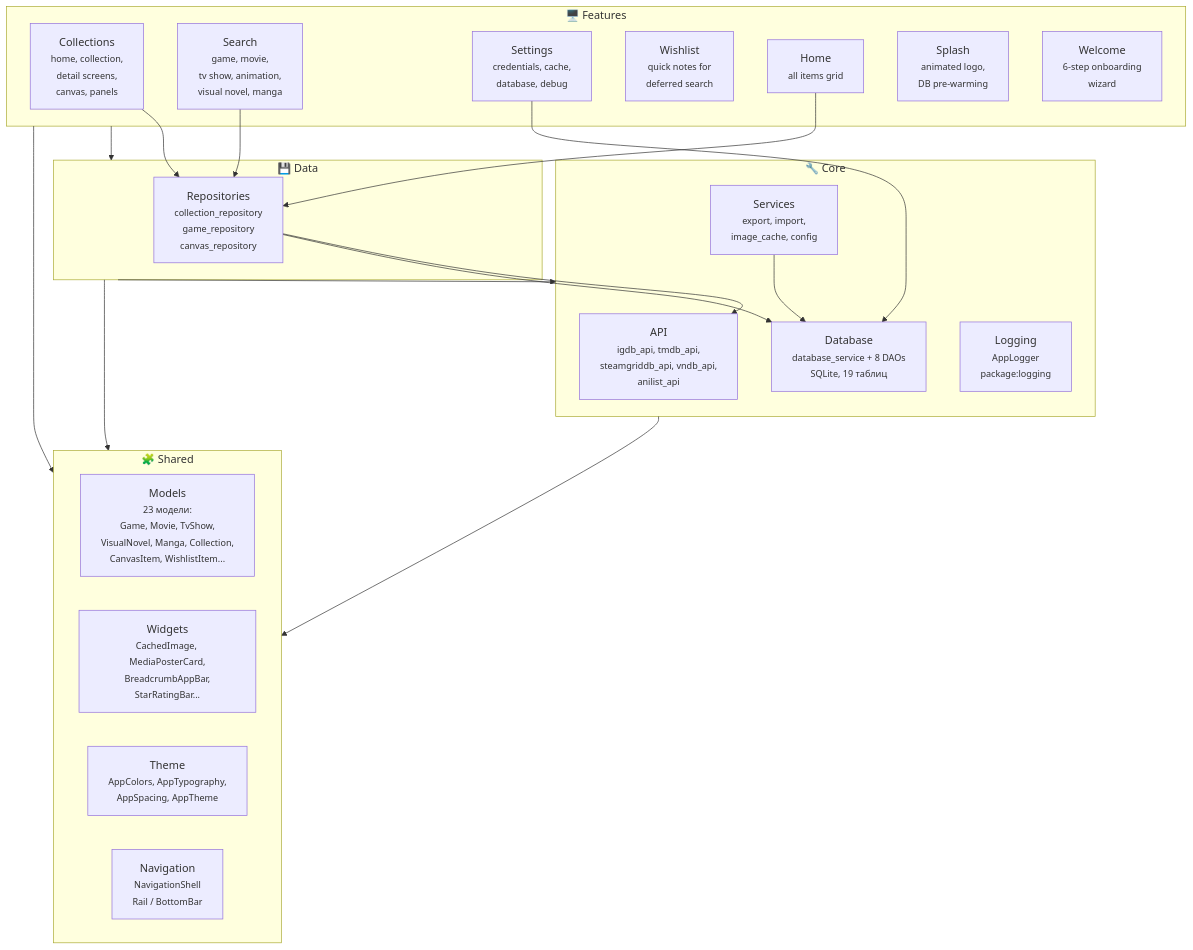
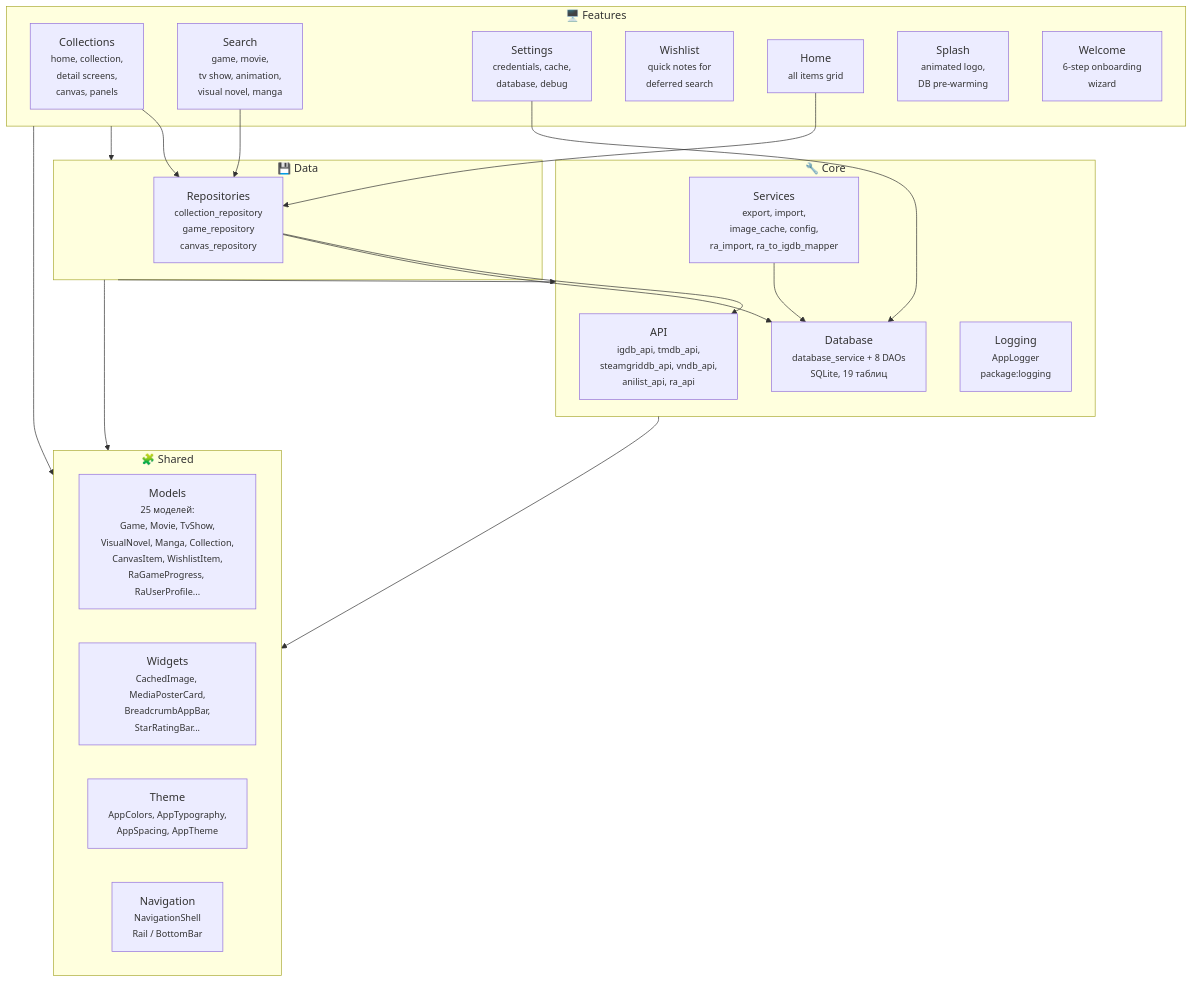
Before and after one commit to hacan359/tonkatsu_box: the first of 2 diagrams in docs/ARCHITECTURE.md, drawn with Mermaid. The commit also changed other lines of this file and 29 other files, not shown here.

First line of the commit message:
feat(import): add RetroAchievements import with IGDB token auto-refresh

````diff
--- a/docs/ARCHITECTURE.md
+++ b/docs/ARCHITECTURE.md
@@ -24,44 +24,44 @@
 ```mermaid
 graph TB
     subgraph core ["🔧 Core"]
-        api["API<br/><small>igdb_api, tmdb_api,<br/>steamgriddb_api, vndb_api,<br/>anilist_api</small>"]
+        api["API<br/><small>igdb_api, tmdb_api,<br/>steamgriddb_api, vndb_api,<br/>anilist_api, ra_api</small>"]
         database["Database<br/><small>database_service + 8 DAOs<br/>SQLite, 19 таблиц</small>"]
         logging["Logging<br/><small>AppLogger<br/>package:logging</small>"]
-        services["Services<br/><small>export, import,<br/>image_cache, config</small>"]
+        services["Services<br/><small>export, import,<br/>image_cache, config,<br/>ra_import, ra_to_igdb_mapper</small>"]
     end
 
     subgraph data ["💾 Data"]
         repositories["Repositories<br/><small>collection_repository<br/>game_repository<br/>canvas_repository</small>"]
     end
 
     subgraph features ["🖥️ Features"]
         collections["Collections<br/><small>home, collection,<br/>detail screens,<br/>canvas, panels</small>"]
         search["Search<br/><small>game, movie,<br/>tv show, animation,<br/>visual novel, manga</small>"]
         settings["Settings<br/><small>credentials, cache,<br/>database, debug</small>"]
         wishlist["Wishlist<br/><small>quick notes for<br/>deferred search</small>"]
         home["Home<br/><small>all items grid</small>"]
         splash["Splash<br/><small>animated logo,<br/>DB pre-warming</small>"]
         welcome["Welcome<br/><small>6-step onboarding<br/>wizard</small>"]
     end
 
     subgraph shared ["🧩 Shared"]
-        models["Models<br/><small>23 модели:<br/>Game, Movie, TvShow,<br/>VisualNovel, Manga, Collection,<br/>CanvasItem, WishlistItem...</small>"]
+        models["Models<br/><small>25 моделей:<br/>Game, Movie, TvShow,<br/>VisualNovel, Manga, Collection,<br/>CanvasItem, WishlistItem,<br/>RaGameProgress, RaUserProfile...</small>"]
         widgets["Widgets<br/><small>CachedImage, MediaPosterCard,<br/>BreadcrumbAppBar,<br/>StarRatingBar...</small>"]
         theme["Theme<br/><small>AppColors, AppTypography,<br/>AppSpacing, AppTheme</small>"]
         navigation["Navigation<br/><small>NavigationShell<br/>Rail / BottomBar</small>"]
     end
 
     features --> data
     features --> shared
     data --> core
     data --> shared
     core --> shared
 
     collections --> repositories
     search --> repositories
     settings --> database
     home --> repositories
     repositories --> api
     repositories --> database
     services --> database
 ```
````
